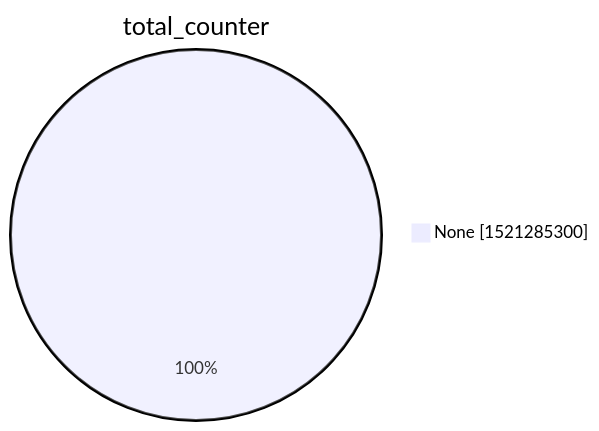
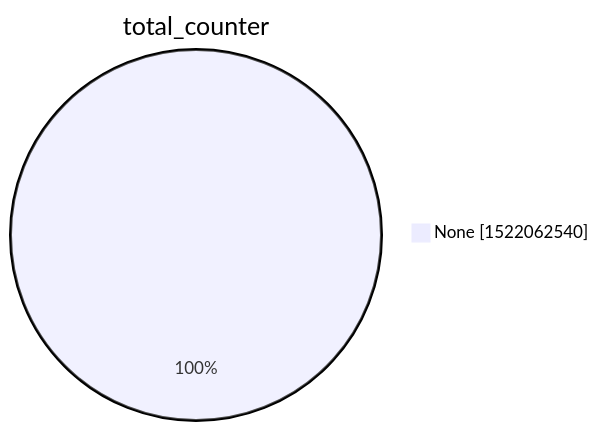
Before and after one commit to christiankrug/ctmonitor_visualization: the second of 15 diagrams in xenon2022/README.md, drawn with Mermaid. The commit also changed other lines of this file, not shown here.

````diff
--- a/xenon2022/README.md
+++ b/xenon2022/README.md
@@ -9,5 +9,5 @@
 ```mermaid
 pie showData
 title total_counter
-"None" :1521285300
+"None" :1522062540
 ```
````
